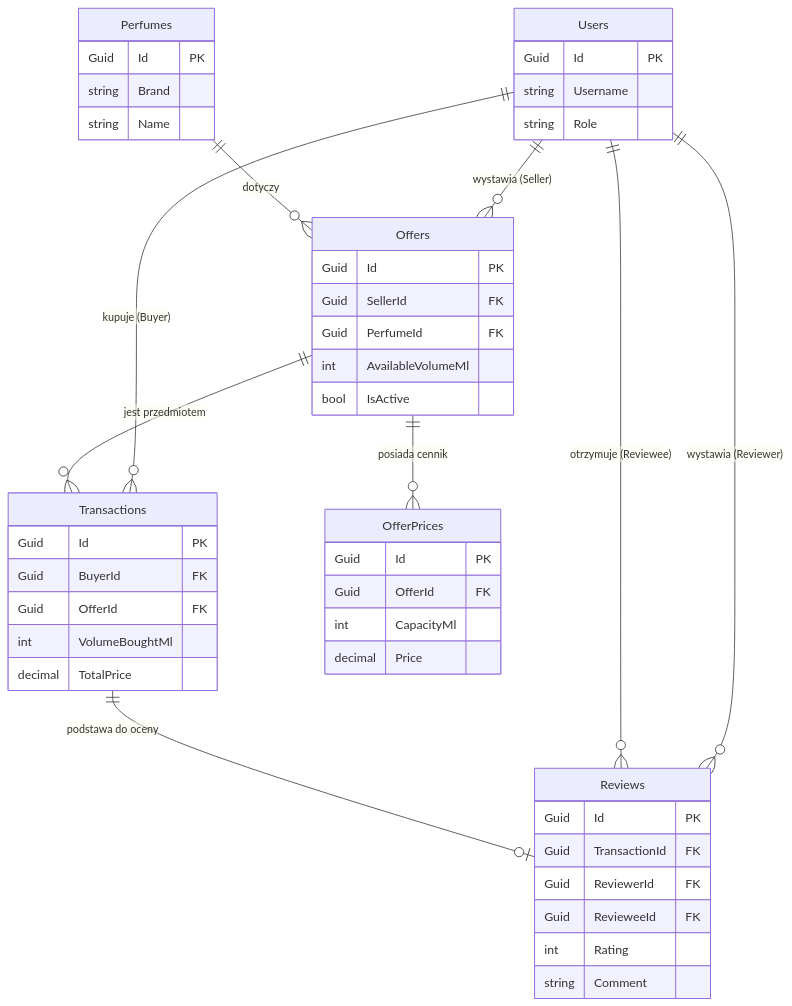
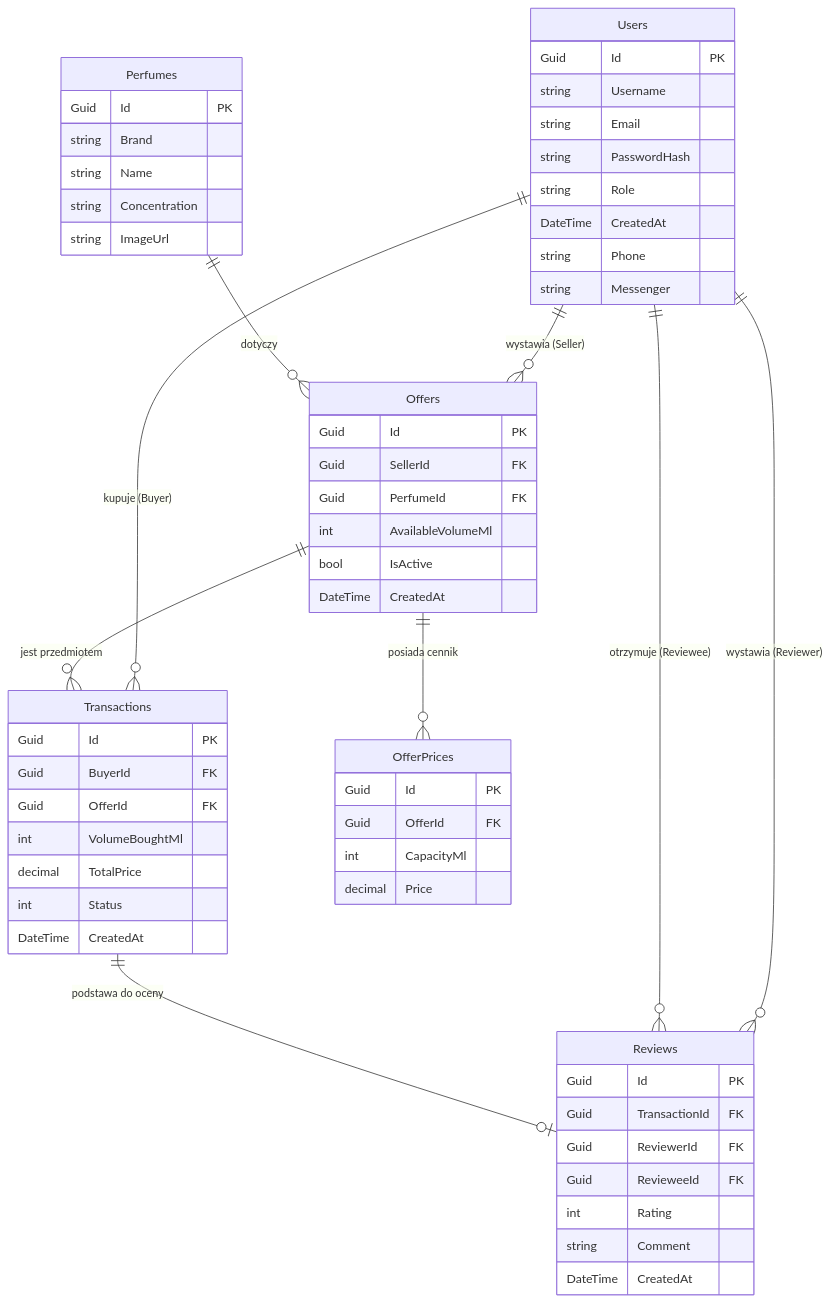
One commit to Pug0r/studia-projektowanie-aplikacji-internetowych changed the second of 2 diagrams in README.md. Above: the diagram before and after it, drawn with Mermaid. The commit also changed other lines of this file, not shown here.

````diff
--- a/README.md
+++ b/README.md
@@ -80,53 +66,64 @@
 ```mermaid
 erDiagram
     Users ||--o{ Offers : "wystawia (Seller)"
     Users ||--o{ Transactions : "kupuje (Buyer)"
     Users ||--o{ Reviews : "wystawia (Reviewer)"
     Users ||--o{ Reviews : "otrzymuje (Reviewee)"
     
     Perfumes ||--o{ Offers : "dotyczy"
     
     Offers ||--o{ OfferPrices : "posiada cennik"
     Offers ||--o{ Transactions : "jest przedmiotem"
     
     Transactions ||--o| Reviews : "podstawa do oceny"
 
     Users {
         Guid Id PK
         string Username
+        string Email
+        string PasswordHash
         string Role
+        DateTime CreatedAt
+        string Phone
+        string Messenger
     }
     Perfumes {
         Guid Id PK
         string Brand
         string Name
+        string Concentration
+        string ImageUrl
     }
     Offers {
         Guid Id PK
         Guid SellerId FK
         Guid PerfumeId FK
         int AvailableVolumeMl
         bool IsActive
+        DateTime CreatedAt
     }
     OfferPrices {
         Guid Id PK
         Guid OfferId FK
         int CapacityMl
         decimal Price
     }
     Transactions {
         Guid Id PK
         Guid BuyerId FK
         Guid OfferId FK
         int VolumeBoughtMl
         decimal TotalPrice
+        int Status
+        DateTime CreatedAt
     }
     Reviews {
         Guid Id PK
         Guid TransactionId FK
         Guid ReviewerId FK
         Guid RevieweeId FK
         int Rating
         string Comment
+        DateTime CreatedAt
     }
 ```
````
